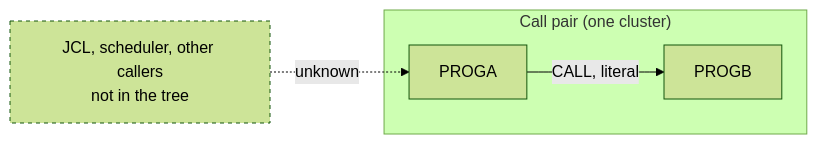
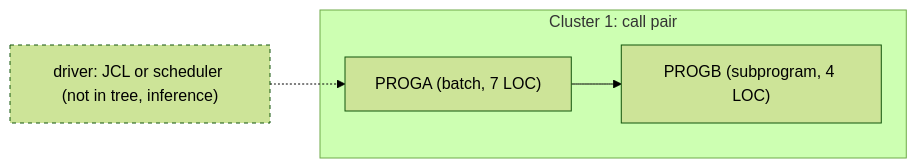
One commit to Sparq-Holding-Inc/claude-legacy-modernization changed the diagram in evals/runs/01-static-call/modernization-assessment/02-coupling.md. Above: the diagram before and after it, drawn with Mermaid (forest theme). The commit also changed other lines of this file and 217 other files, not shown here.

````diff
--- a/evals/runs/01-static-call/modernization-assessment/02-coupling.md
+++ b/evals/runs/01-static-call/modernization-assessment/02-coupling.md
@@ -27,8 +51,8 @@
 ```mermaid
 graph LR
-  subgraph CLUSTER1["Call pair (one cluster)"]
-    PROGA -->|"CALL, literal"| PROGB
+  D["driver: JCL or scheduler (not in tree, inference)"]:::missing -.-> A
+  subgraph C1["Cluster 1: call pair"]
+    A["PROGA (batch, 7 LOC)"] --> B["PROGB (subprogram, 4 LOC)"]
   end
-  OUTSIDE["JCL, scheduler, other callers<br/>not in the tree"]:::missing -.->|"unknown"| PROGA
   classDef missing stroke-dasharray: 4 4
 ```
````
